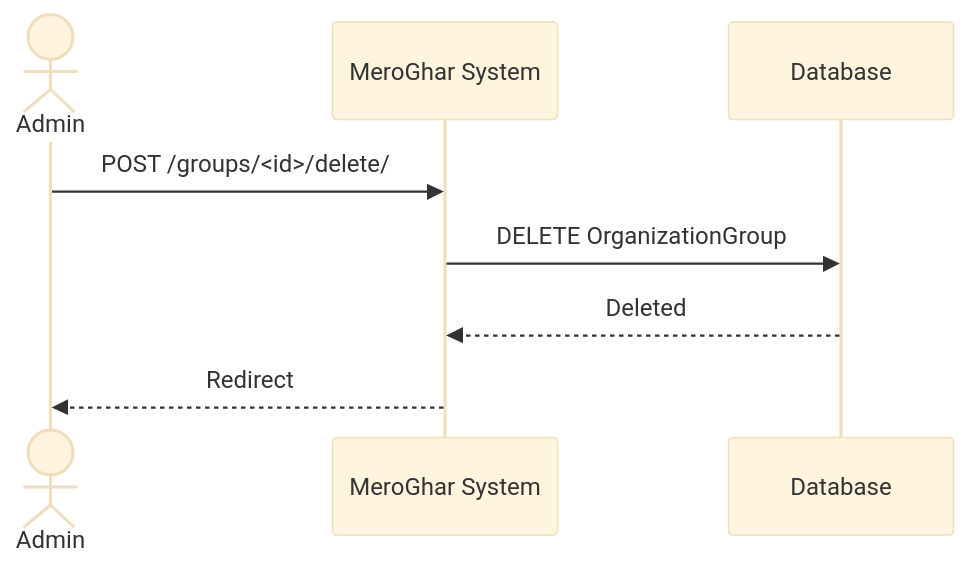
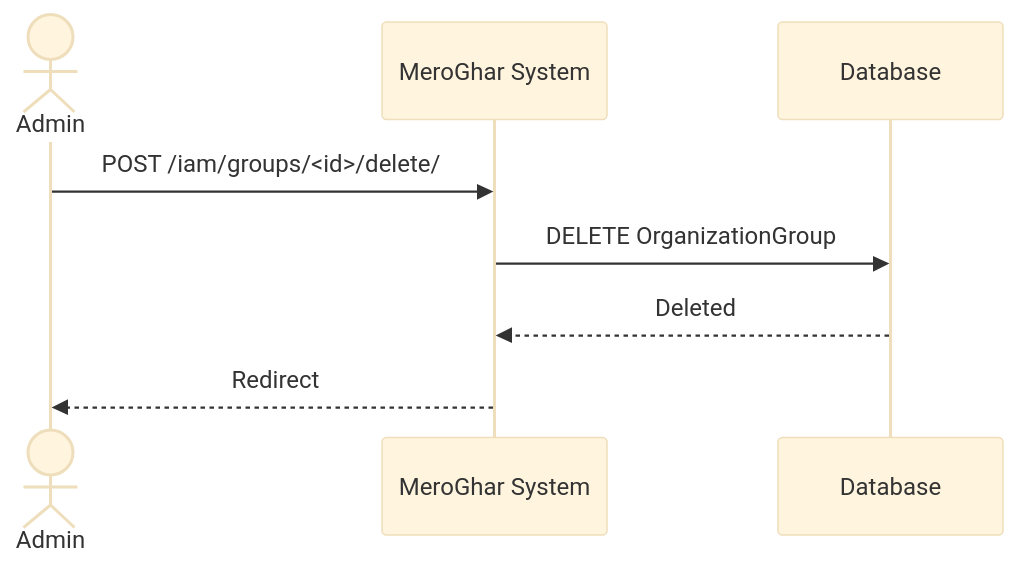
One commit to 0Ankit0/meroghar changed the fourth of 4 diagrams in docs/workflows/organization_group.md. Above: the diagram before and after it, drawn with Mermaid (base theme). The commit also changed other lines of this file and 10 other files, not shown here.

````diff
--- a/docs/workflows/organization_group.md
+++ b/docs/workflows/organization_group.md
@@ -79,11 +79,11 @@
 ```mermaid
 sequenceDiagram
     actor Admin as Admin
     participant System as MeroGhar System
     participant DB as Database
 
-    Admin->>System: POST /groups/<id>/delete/
+    Admin->>System: POST /iam/groups/<id>/delete/
     System->>DB: DELETE OrganizationGroup
     DB-->>System: Deleted
     System-->>Admin: Redirect
 ```
````
